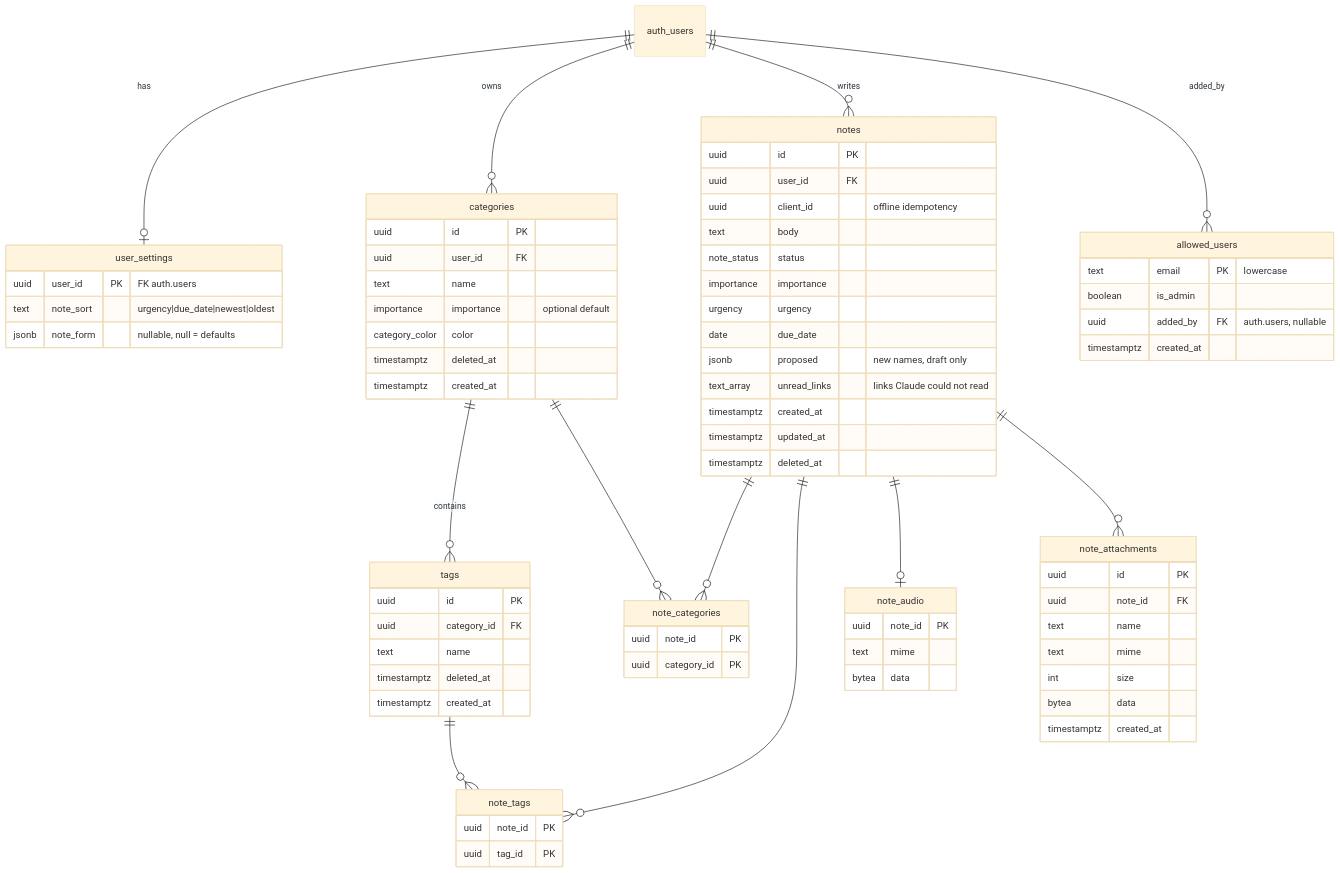
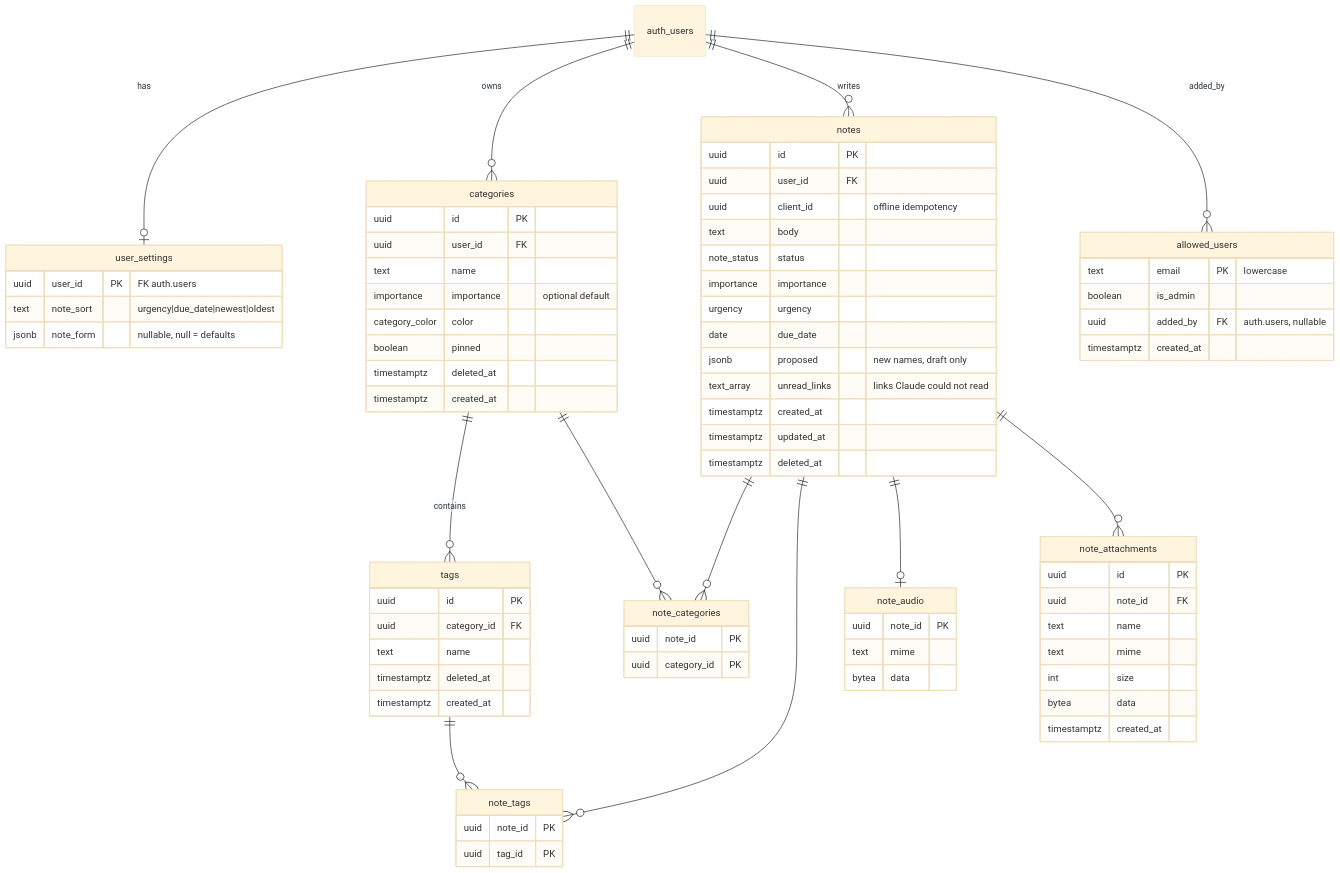
One commit to droruri/notes-organizer changed the diagram in docs/plan.md. Above: the diagram before and after it, drawn with Mermaid (base theme). The commit also changed other lines of this file and 29 other files, not shown here.

````diff
--- a/docs/plan.md
+++ b/docs/plan.md
@@ -131,23 +131,23 @@
 ```mermaid
 erDiagram
   auth_users ||--o| user_settings : has
   auth_users ||--o{ categories : owns
   categories ||--o{ tags : contains
   auth_users ||--o{ notes : writes
   notes ||--o{ note_categories : ""
   categories ||--o{ note_categories : ""
   notes ||--o{ note_tags : ""
   tags ||--o{ note_tags : ""
   notes ||--o| note_audio : ""
   notes ||--o{ note_attachments : ""
   auth_users ||--o{ allowed_users : "added_by"
   user_settings { uuid user_id PK "FK auth.users" text note_sort "urgency|due_date|newest|oldest" jsonb note_form "nullable, null = defaults" }
-  categories { uuid id PK uuid user_id FK text name importance importance "optional default" category_color color timestamptz deleted_at timestamptz created_at }
+  categories { uuid id PK uuid user_id FK text name importance importance "optional default" category_color color boolean pinned timestamptz deleted_at timestamptz created_at }
   tags { uuid id PK uuid category_id FK text name timestamptz deleted_at timestamptz created_at }
   notes { uuid id PK uuid user_id FK uuid client_id "offline idempotency" text body note_status status importance importance urgency urgency date due_date jsonb proposed "new names, draft only" text_array unread_links "links Claude could not read" timestamptz created_at timestamptz updated_at timestamptz deleted_at }
   note_categories { uuid note_id PK uuid category_id PK }
   note_tags { uuid note_id PK uuid tag_id PK }
   note_audio { uuid note_id PK text mime bytea data }
   note_attachments { uuid id PK uuid note_id FK text name text mime int size bytea data timestamptz created_at }
   allowed_users { text email PK "lowercase" boolean is_admin uuid added_by FK "auth.users, nullable" timestamptz created_at }
 ```
````
